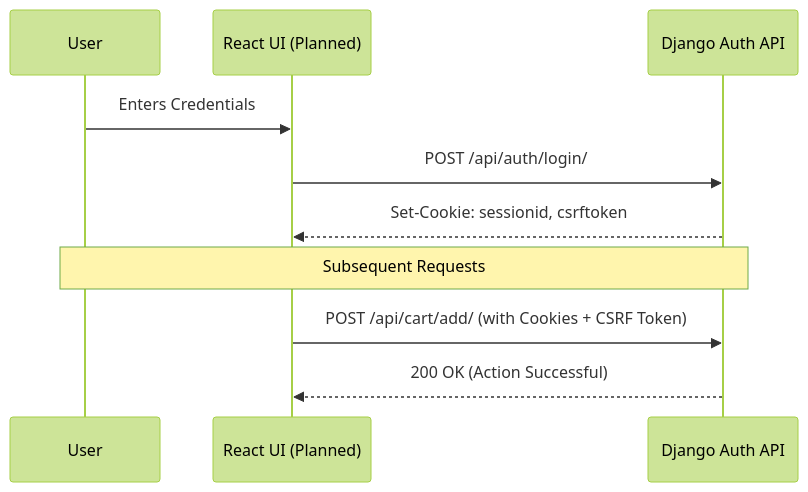
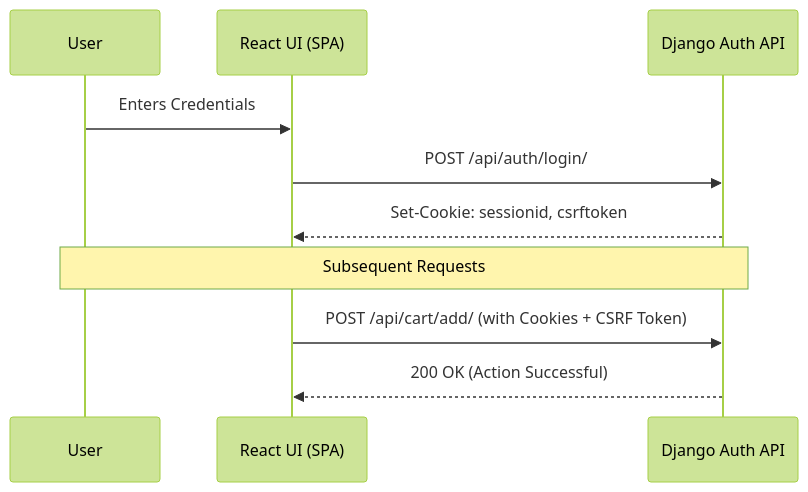
One commit to ragnarStark79/Akashic-Library changed the fourth of 5 diagrams in README.md. Above: the diagram before and after it, drawn with Mermaid (forest theme). The commit also changed other lines of this file, not shown here.

Commit message:
docs: update README with Part I completion status and roadmap

````diff
--- a/README.md
+++ b/README.md
@@ -159,14 +161,14 @@
 ```mermaid
 sequenceDiagram
     participant User
-    participant React as React UI (Planned)
+    participant React as React UI (SPA)
     participant Django as Django Auth API
     
     User->>React: Enters Credentials
     React->>Django: POST /api/auth/login/
     Django-->>React: Set-Cookie: sessionid, csrftoken
     
     Note over User,Django: Subsequent Requests
     React->>Django: POST /api/cart/add/ (with Cookies + CSRF Token)
     Django-->>React: 200 OK (Action Successful)
 ```
````
